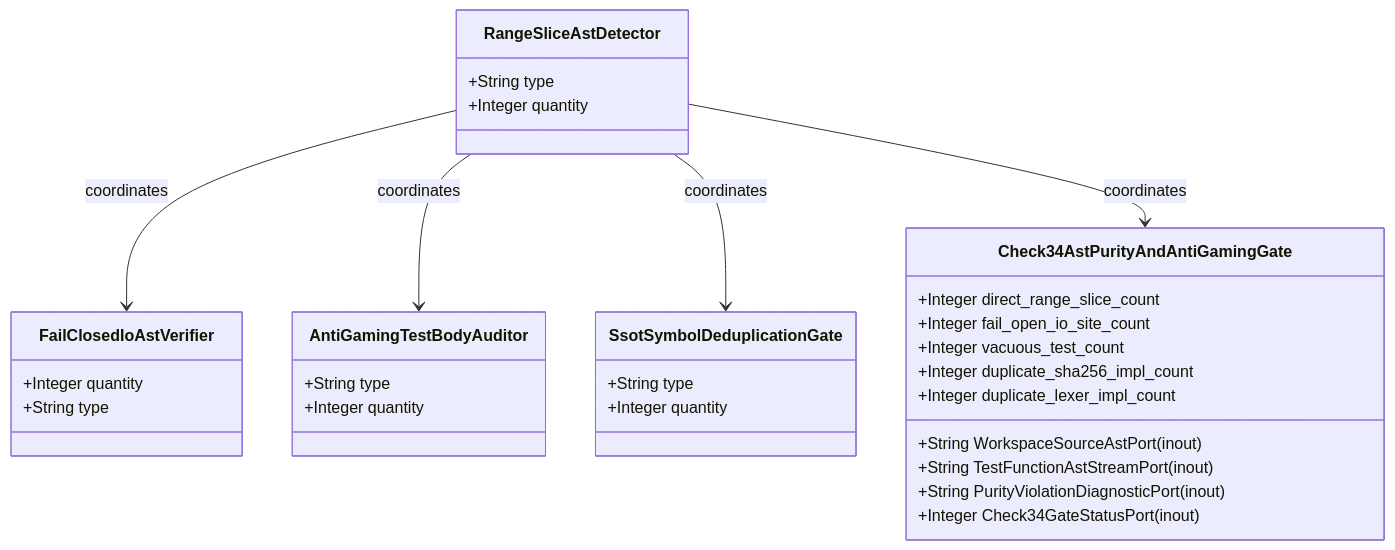
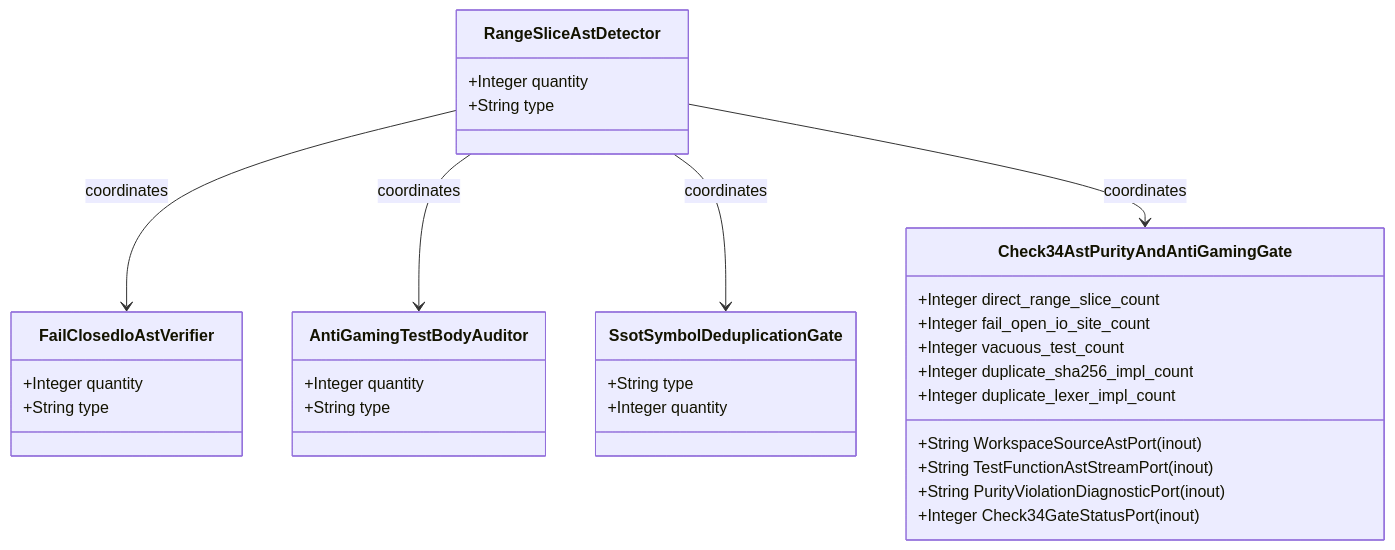
The first of 2 diagrams in .pipeline/upstream/docs/epics/EPIC-02-BP_02_Check_34_AST_Purity_Fail_Closed_IO_and_Anti_Gaming_Test_Gate_Blueprint.md (gintatkinson/DEAP01-spec-core), drawn with Mermaid before and after one commit. The commit also changed other lines of this file and 179 other files, not shown here.

Commit message:
fix(compiler): remediate upstream specification forward projection, diagram synthesis, and GitHub blob URL resolution

````diff
--- a/.pipeline/upstream/docs/epics/EPIC-02-BP_02_Check_34_AST_Purity_Fail_Closed_IO_and_Anti_Gaming_Test_Gate_Blueprint.md
+++ b/.pipeline/upstream/docs/epics/EPIC-02-BP_02_Check_34_AST_Purity_Fail_Closed_IO_and_Anti_Gaming_Test_Gate_Blueprint.md
@@ -63,34 +61,34 @@
 ```mermaid
 classDiagram
     class RangeSliceAstDetector {
+        +Integer quantity
         +String type
-        +Integer quantity
     }
     class FailClosedIoAstVerifier {
         +Integer quantity
         +String type
     }
     class AntiGamingTestBodyAuditor {
+        +Integer quantity
         +String type
-        +Integer quantity
     }
     class SsotSymbolDeduplicationGate {
         +String type
         +Integer quantity
     }
     class Check34AstPurityAndAntiGamingGate {
         +String WorkspaceSourceAstPort (inout)
         +String TestFunctionAstStreamPort (inout)
         +String PurityViolationDiagnosticPort (inout)
         +Integer Check34GateStatusPort (inout)
         +Integer direct_range_slice_count
         +Integer fail_open_io_site_count
         +Integer vacuous_test_count
         +Integer duplicate_sha256_impl_count
         +Integer duplicate_lexer_impl_count
     }
     RangeSliceAstDetector --> FailClosedIoAstVerifier : coordinates
     RangeSliceAstDetector --> AntiGamingTestBodyAuditor : coordinates
     RangeSliceAstDetector --> SsotSymbolDeduplicationGate : coordinates
     RangeSliceAstDetector --> Check34AstPurityAndAntiGamingGate : coordinates
 ```
````
